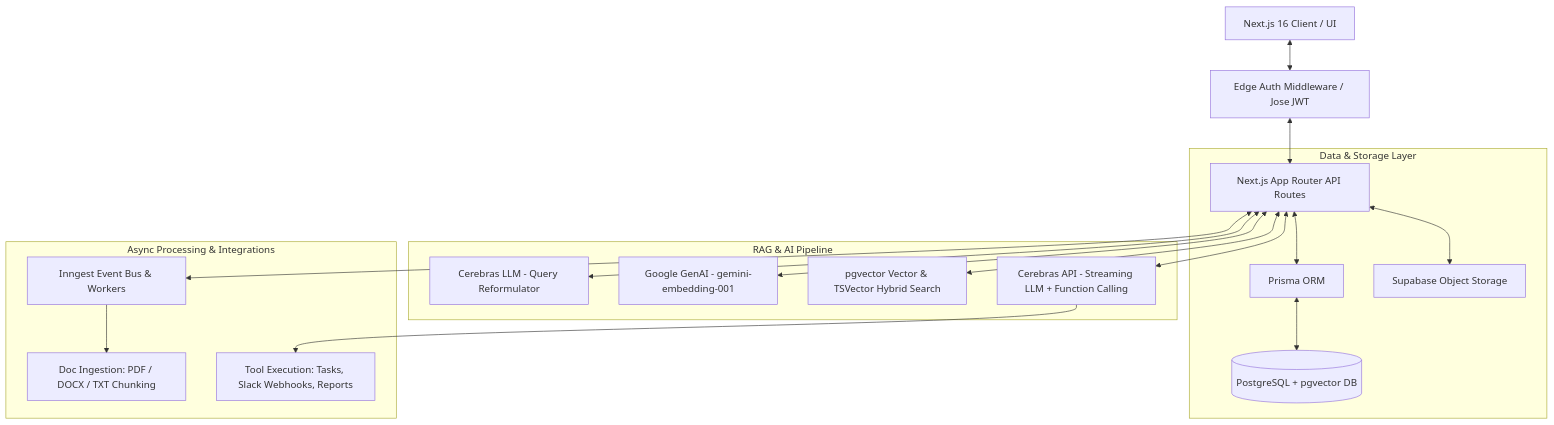
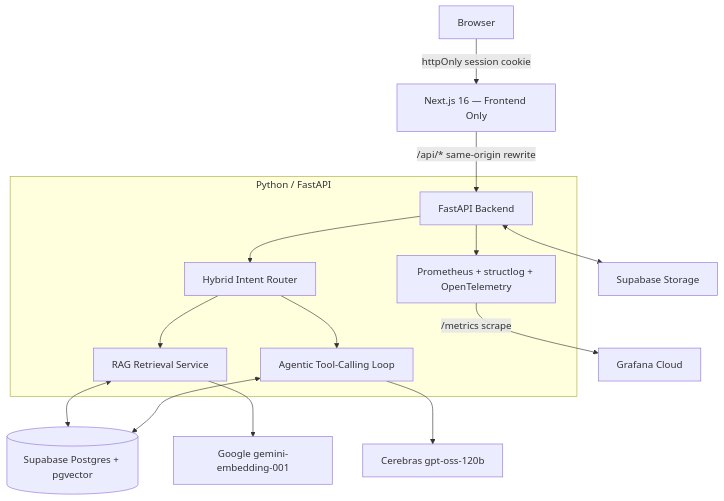
Before and after one commit to premhagargi/nexus-ai: the first of 2 diagrams in README.md, drawn with Mermaid. The commit also changed other lines of this file and 107 other files, not shown here.

First line of the commit message:
refactor: extract backend into standalone Python service

````diff
--- a/README.md
+++ b/README.md
@@ -9,24 +11,19 @@
 ```mermaid
 graph TD
-    Client[Next.js 16 Client / UI] <--> AuthMiddleware[Edge Auth Middleware / Jose JWT]
-    AuthMiddleware <--> NextServer[Next.js App Router API Routes]
-    
-    subgraph Data & Storage Layer
-        NextServer <--> Prisma[Prisma ORM]
-        Prisma <--> Postgres[(PostgreSQL + pgvector DB)]
-        NextServer <--> SupabaseStorage[Supabase Object Storage]
+    Browser[Browser] -->|httpOnly session cookie| NextJS[Next.js 16 — Frontend Only]
+    NextJS -->|"/api/* same-origin rewrite"| FastAPI[FastAPI Backend]
+
+    subgraph Backend [Python / FastAPI]
+        FastAPI --> Router[Hybrid Intent Router]
+        Router --> RAG[RAG Retrieval Service]
+        Router --> Agent[Agentic Tool-Calling Loop]
+        FastAPI --> Obs[Prometheus + structlog + OpenTelemetry]
     end
 
-    subgraph RAG & AI Pipeline
-        NextServer <--> QueryOptimizer[Cerebras LLM - Query Reformulator]
-        NextServer <--> EmbeddingClient[Google GenAI - gemini-embedding-001]
-        NextServer <--> HybridSearch[pgvector Vector & TSVector Hybrid Search]
-        NextServer <--> CerebrasInference[Cerebras API - Streaming LLM + Function Calling]
-    end
-
-    subgraph Async Processing & Integrations
-        NextServer <--> Inngest[Inngest Event Bus & Workers]
-        Inngest --> DocProcessor[Doc Ingestion: PDF / DOCX / TXT Chunking]
-        CerebrasInference --> Tools[Tool Execution: Tasks, Slack Webhooks, Reports]
-    end
+    RAG <--> PG[(Supabase Postgres + pgvector)]
+    Agent <--> PG
+    FastAPI <--> Storage[Supabase Storage]
+    RAG --> Google[Google gemini-embedding-001]
+    Agent --> Cerebras[Cerebras gpt-oss-120b]
+    Obs -->|/metrics scrape| Grafana[Grafana Cloud]
 ```
````
